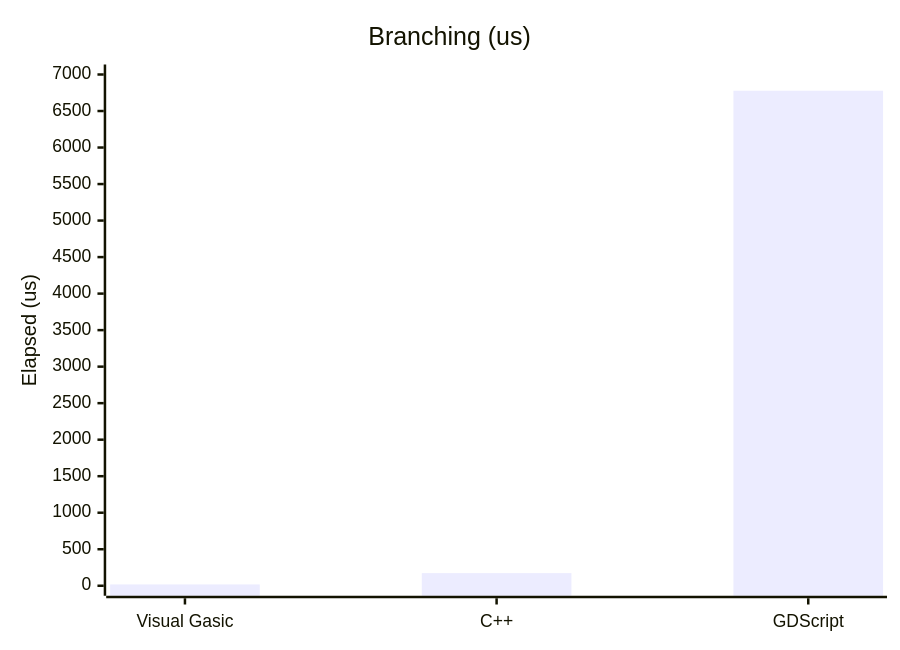
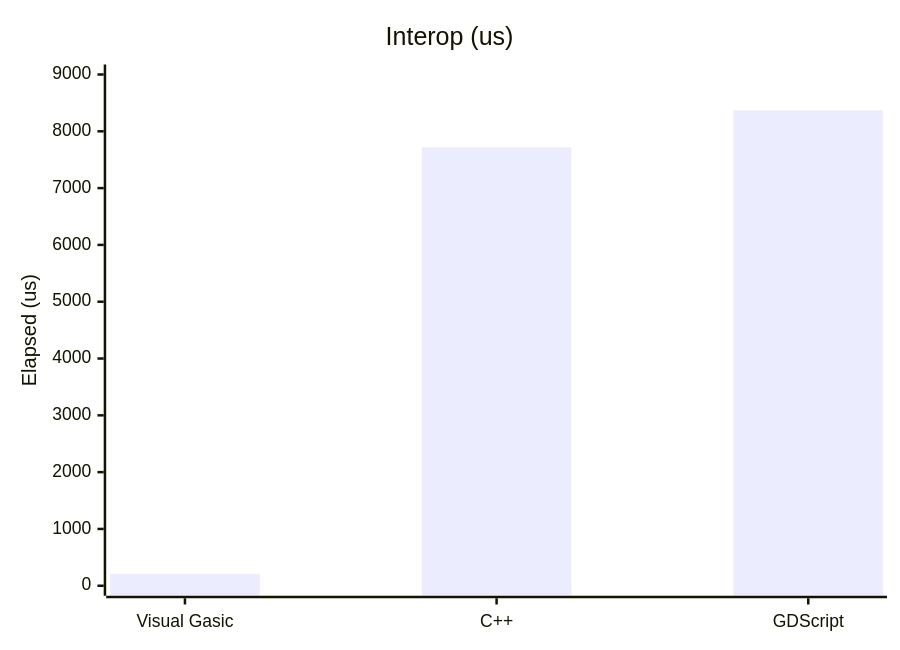
Before and after one commit to xgreenrx-star/VisualGasic: the fourth of 10 diagrams in docs/manual/performance.md, drawn with Mermaid. The commit also changed other lines of this file and 5 other files, not shown here.

````diff
--- a/docs/manual/performance.md
+++ b/docs/manual/performance.md
@@ -101,7 +98,7 @@
 ```mermaid
 xychart-beta
-    title "Branching (us)"
+    title "Interop (us)"
     x-axis ["Visual Gasic","C++","GDScript"]
-    y-axis "Elapsed (us)" 0 --> 7000
-    bar [18,173,6778]
+    y-axis "Elapsed (us)" 0 --> 9000
+    bar [209,7720,8368]
 ```
````
